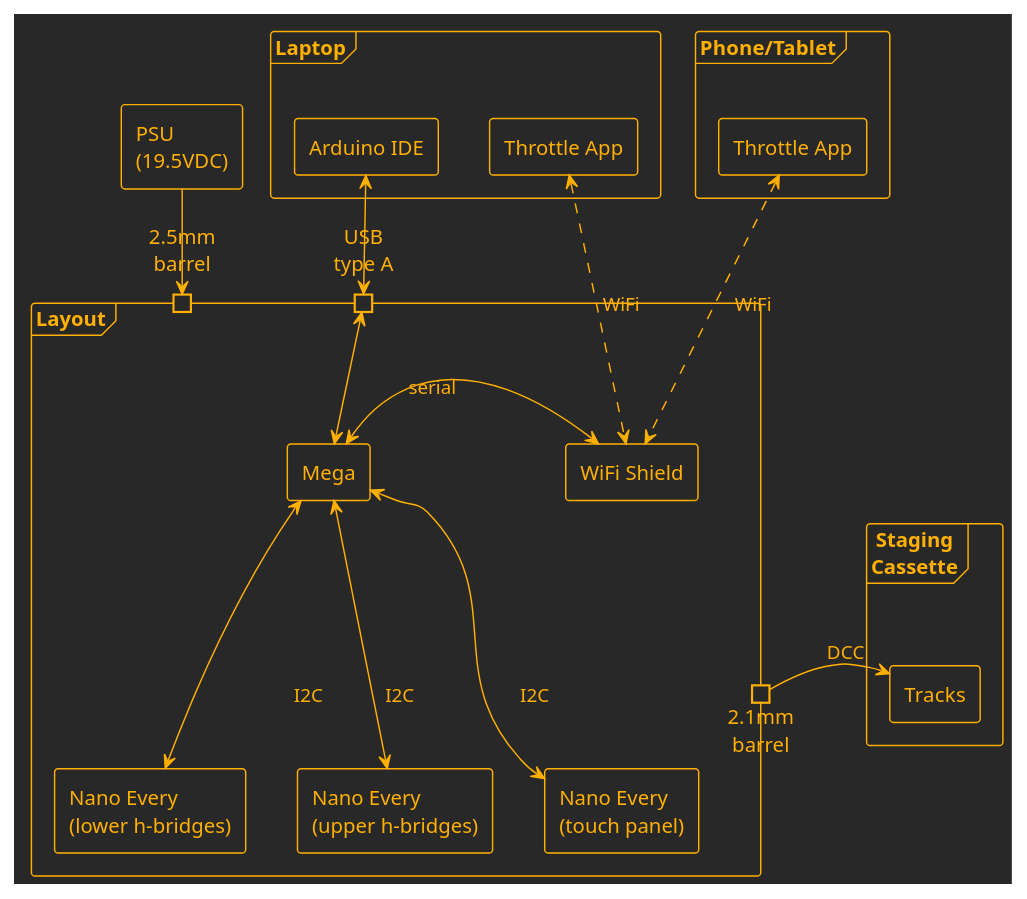
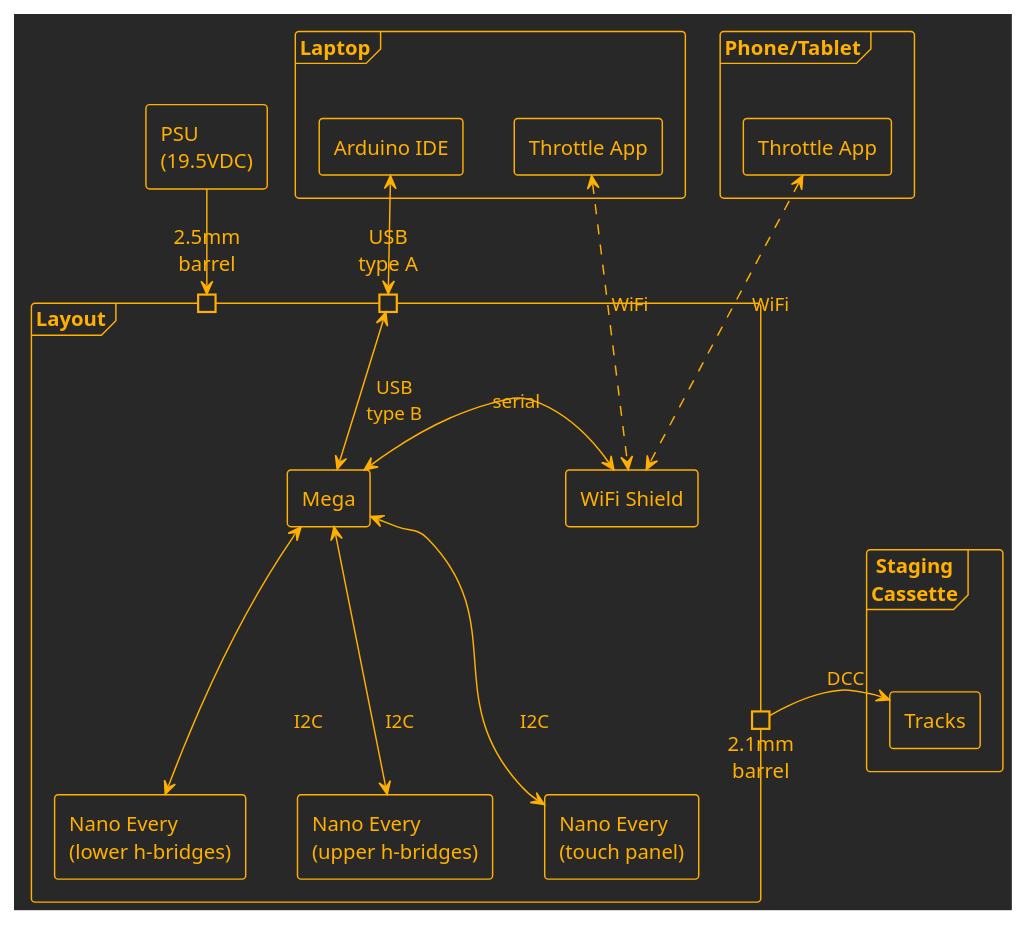
One commit to kmltechio/lumber_district changed the diagram in docs/COMMS_PORTS.puml. Above: the diagram before and after it, drawn with PlantUML.

Commit message:
cleanup diag

```diff
--- a/docs/COMMS_PORTS.puml
+++ b/docs/COMMS_PORTS.puml
@@ -1,43 +1,43 @@
 @startuml Communications & Ports
 
 !theme crt-amber
 skinparam componentStyle rectangle
 ' skinparam linetype polyline
 
 component [PSU\n(19.5VDC)] as psu
 
 frame [Phone/Tablet] {
     component [Throttle App] as throttle
 }
 frame Laptop {
     component [Arduino IDE] as ide
     component [Throttle App] as throttle2
 }
 frame [Layout] {
     portIn "2.5mm\nbarrel" as power_barrel
     portIn "USB\ntype A" as usb
     portOut "2.1mm\nbarrel" as stage_barrel
     component [Mega] as mega
     component [WiFi Shield] as wifi
     component [Nano Every\n(lower h-bridges)] as lower
     component [Nano Every\n(upper h-bridges)] as upper
     component [Nano Every\n(touch panel)] as touch
 }
 frame [Staging\nCassette] as cass {
     component [Tracks] as tracks
 }
 
 throttle <...> wifi : WiFi
 throttle2 <...> wifi : WiFi
 ide <--> usb
-usb <--> mega
+usb <--> mega : "USB\ntype B"
 psu --> power_barrel
 
 mega <-> wifi : serial
 mega <--> touch : I2C
 mega <--> lower : I2C
 mega <--> upper : I2C
 
 stage_barrel -> tracks : DCC
 
 @enduml
```
